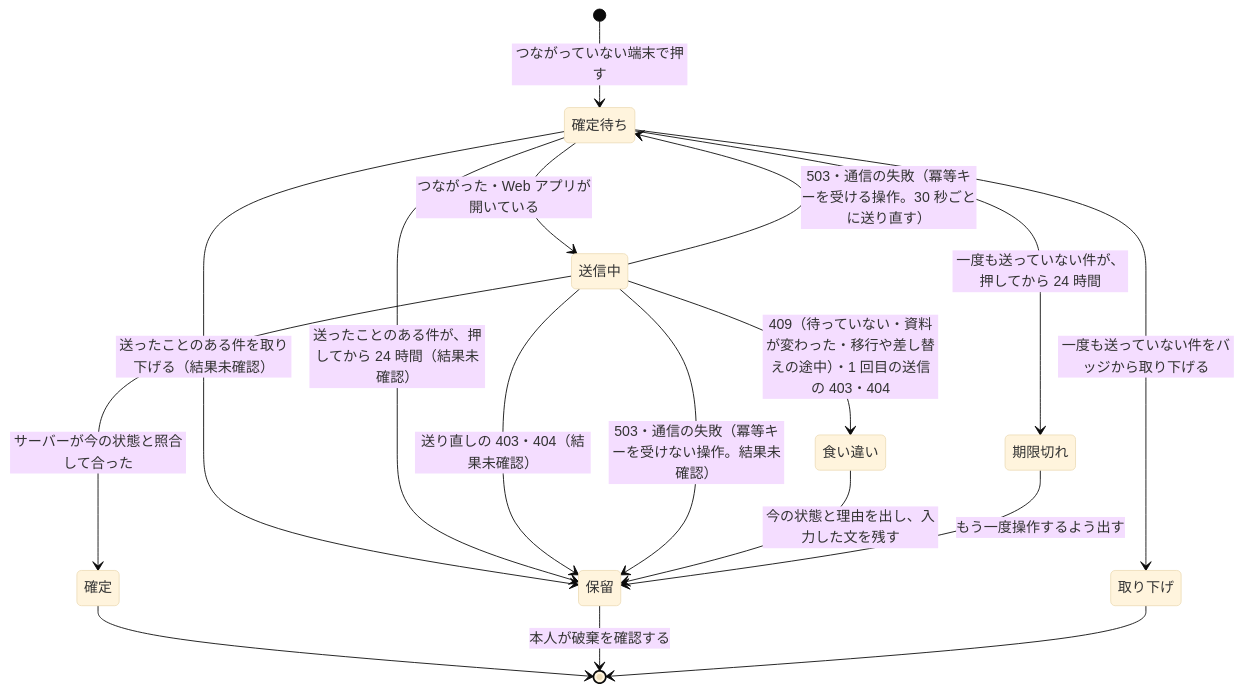
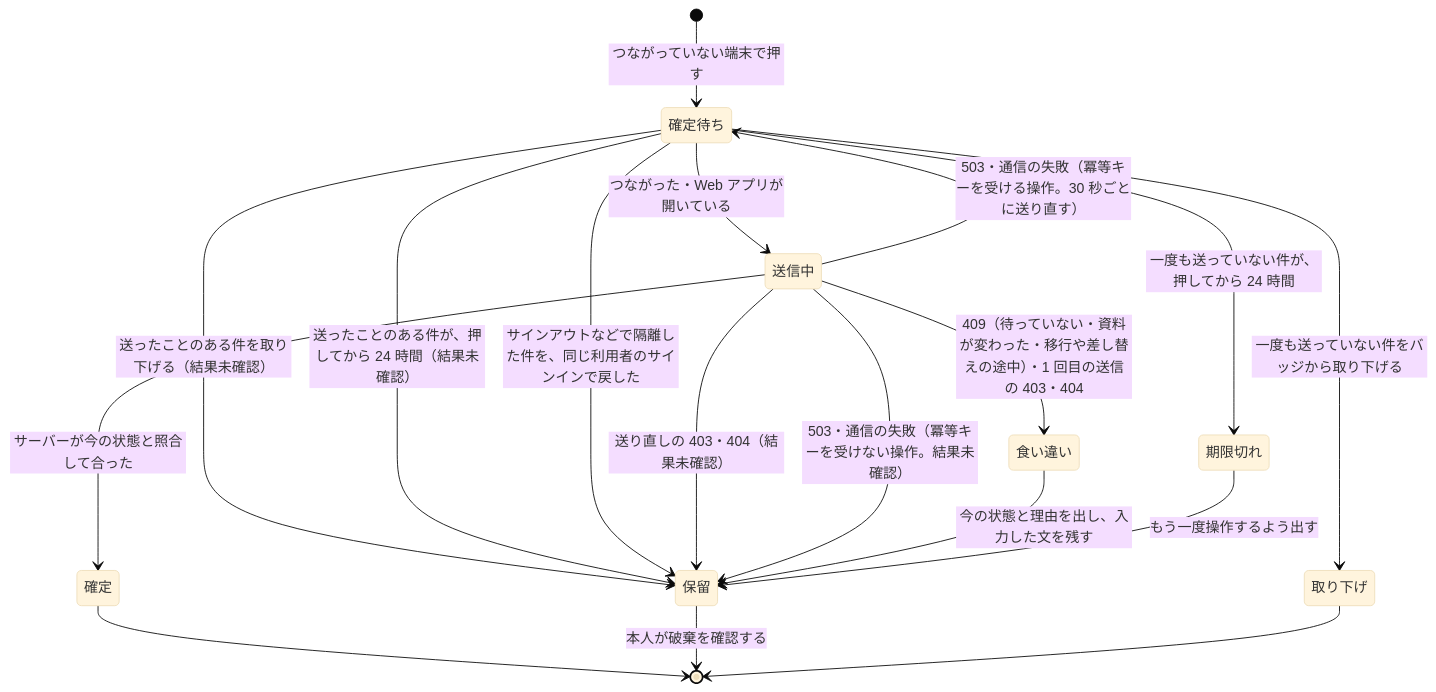
The second of 2 diagrams in docs/design/screens.md (devbasex/nd-factory), drawn with Mermaid (base theme) before and after one commit. The commit also changed other lines of this file and 4 other files, not shown here.

````diff
--- a/docs/design/screens.md
+++ b/docs/design/screens.md
@@ -304,19 +304,20 @@
 ```mermaid
 stateDiagram-v2
     [*] --> 確定待ち: つながっていない端末で押す
     確定待ち --> 送信中: つながった・Web アプリが開いている
     確定待ち --> 取り下げ: 一度も送っていない件をバッジから取り下げる
     確定待ち --> 保留: 送ったことのある件を取り下げる（結果未確認）
     確定待ち --> 期限切れ: 一度も送っていない件が、押してから 24 時間
     確定待ち --> 保留: 送ったことのある件が、押してから 24 時間（結果未確認）
+    確定待ち --> 保留: サインアウトなどで隔離した件を、同じ利用者のサインインで戻した
     送信中 --> 確定: サーバーが今の状態と照合して合った
     送信中 --> 食い違い: 409（待っていない・資料が変わった・移行や差し替えの途中）・1 回目の送信の 403・404
     送信中 --> 保留: 送り直しの 403・404（結果未確認）
     送信中 --> 確定待ち: 503・通信の失敗（冪等キーを受ける操作。30 秒ごとに送り直す）
     送信中 --> 保留: 503・通信の失敗（冪等キーを受けない操作。結果未確認）
     確定 --> [*]
     食い違い --> 保留: 今の状態と理由を出し、入力した文を残す
     期限切れ --> 保留: もう一度操作するよう出す
     保留 --> [*]: 本人が破棄を確認する
     取り下げ --> [*]
 ```
````
